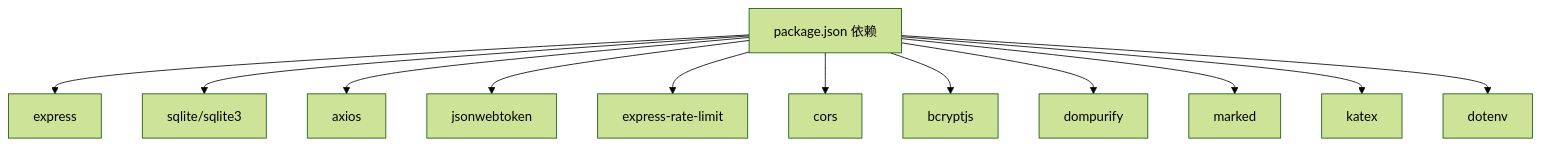
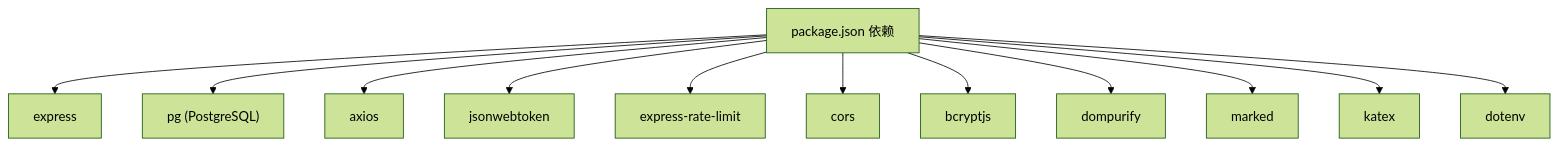
The eighth of 8 diagrams in .qoder/repowiki/zh/content/系统架构/整体架构设计.md (caoxv0255/aitutor), drawn with Mermaid (forest theme) before and after one commit. The commit also changed other lines of this file and 28 other files, not shown here.

````diff
--- a/.qoder/repowiki/zh/content/系统架构/整体架构设计.md
+++ b/.qoder/repowiki/zh/content/系统架构/整体架构设计.md
@@ -325,14 +325,14 @@
 ```mermaid
 graph TB
 Pkg["package.json 依赖"] --> Express["express"]
-Pkg --> SQLite["sqlite/sqlite3"]
+Pkg --> PostgreSQL["pg (PostgreSQL)"]
 Pkg --> Axios["axios"]
 Pkg --> JWT["jsonwebtoken"]
 Pkg --> RateLimit["express-rate-limit"]
 Pkg --> CORS["cors"]
 Pkg --> Bcrypt["bcryptjs"]
 Pkg --> DOMPurify["dompurify"]
 Pkg --> Marked["marked"]
 Pkg --> KaTeX["katex"]
 Pkg --> Dotenv["dotenv"]
 ```
````
